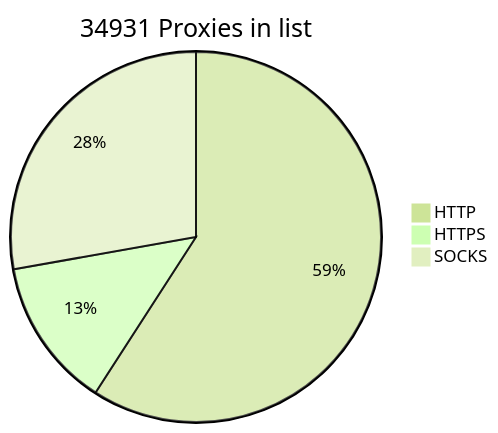
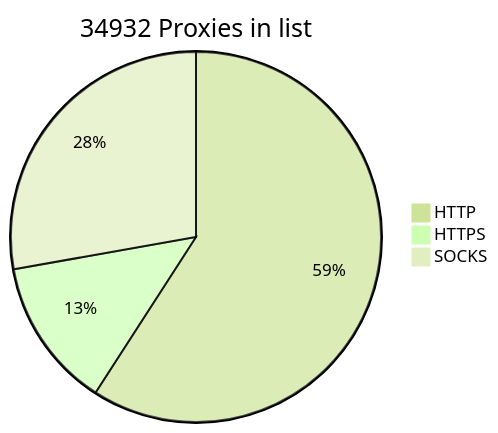
Before and after one commit to BlackSnowDot/proxylist-update-every-minute: the diagram in README.md, drawn with Mermaid (forest theme).

````diff
--- a/README.md
+++ b/README.md
@@ -2,6 +2,6 @@
 ```mermaid
-pie title 34931 Proxies in list
-    "HTTP" : 22912
-    "HTTPS": 5070
+pie title 34932 Proxies in list
+    "HTTP" : 22913
+    "HTTPS": 5072
     "SOCKS" : 10770
 ```
````
